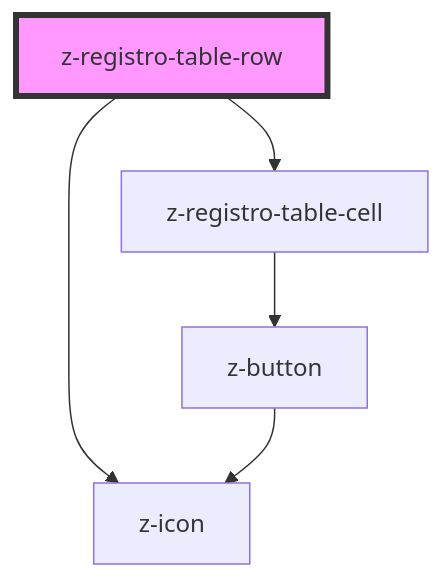
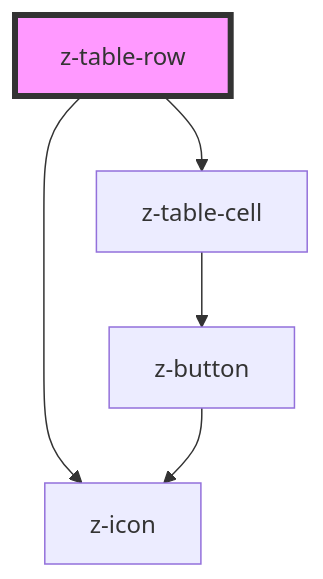
One commit to ZanichelliEditore/design-system changed the diagram in src/components/z-table/z-table-row/readme.md. Above: the diagram before and after it, drawn with Mermaid. The commit also changed other lines of this file and 10 other files, not shown here.

````diff
--- a/src/components/z-table/z-table-row/readme.md
+++ b/src/components/z-table/z-table-row/readme.md
@@ -34,8 +34,8 @@
 ```mermaid
 graph TD;
-  z-registro-table-row --> z-registro-table-cell
-  z-registro-table-row --> z-icon
-  z-registro-table-cell --> z-button
+  z-table-row --> z-table-cell
+  z-table-row --> z-icon
+  z-table-cell --> z-button
   z-button --> z-icon
-  style z-registro-table-row fill:#f9f,stroke:#333,stroke-width:4px
+  style z-table-row fill:#f9f,stroke:#333,stroke-width:4px
 ```
````
